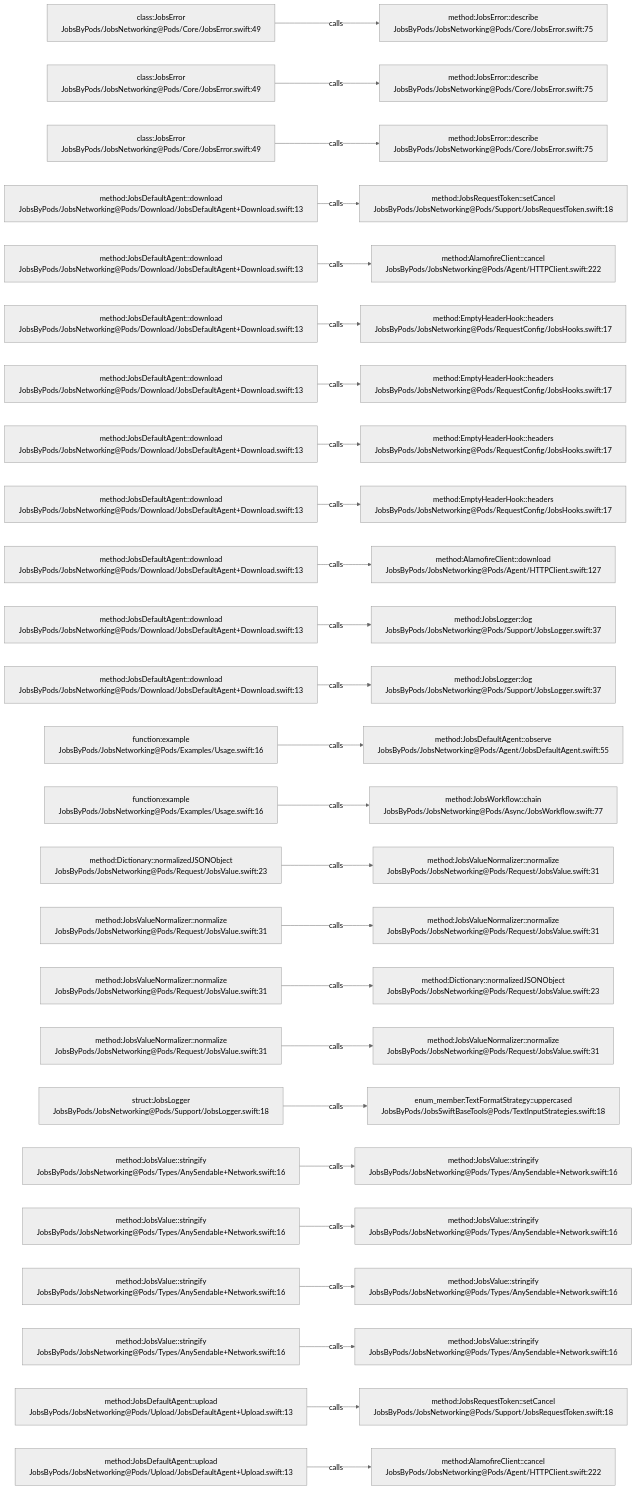
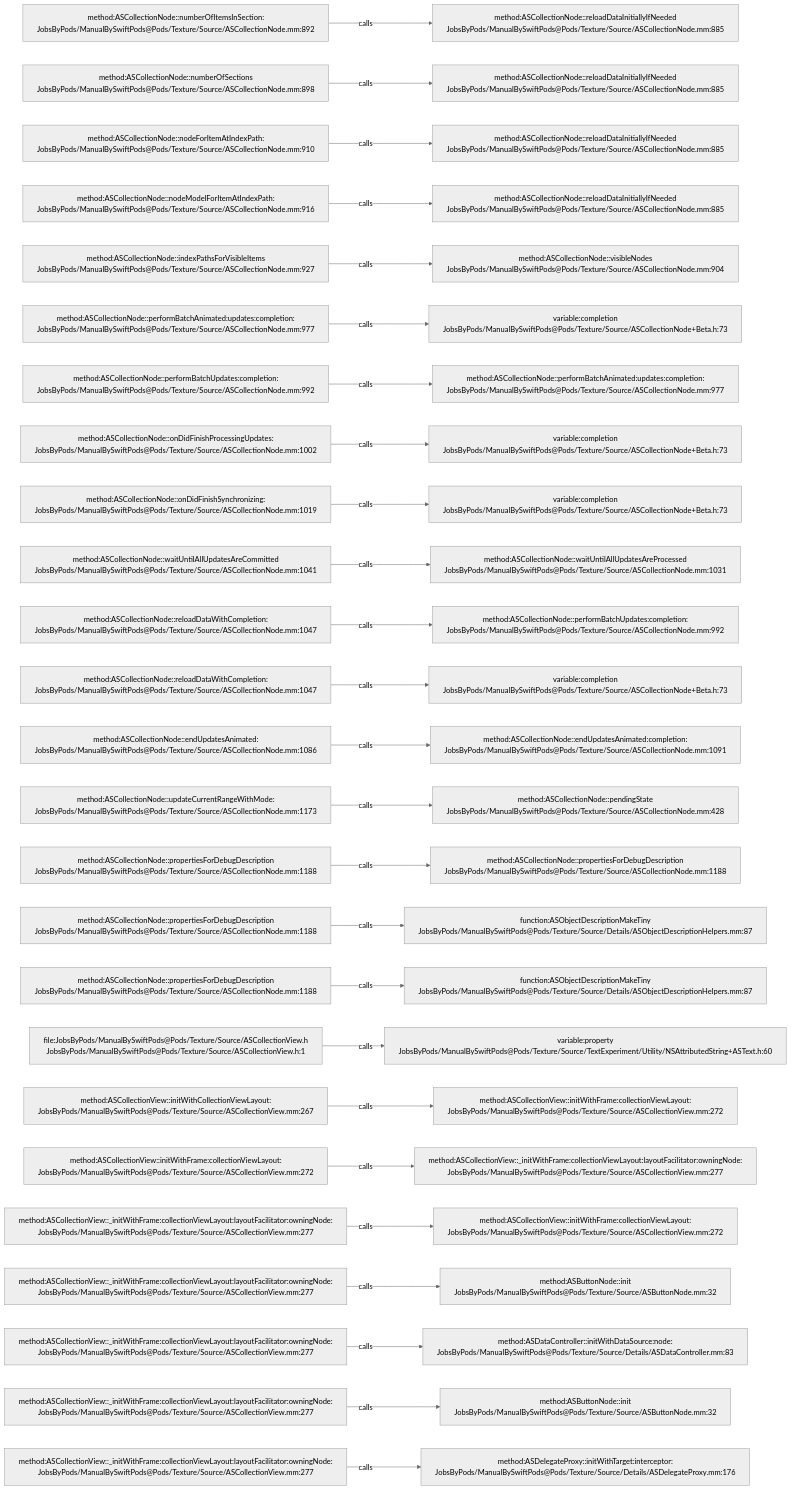
Before and after one commit to JobsKits/JobsSwiftBaseConfigDemo: the diagram in .codegraph/codegraph.md/graphs/calls-010.md, drawn with Mermaid (neutral theme). The commit also changed 832 other files, not shown here.

````diff
--- a/.codegraph/codegraph.md/graphs/calls-010.md
+++ b/.codegraph/codegraph.md/graphs/calls-010.md
@@ -13,78 +13,78 @@
 ```mermaid
 flowchart LR
-  S1["class:JobsError<br/>JobsByPods/JobsNetworking@Pods/Core/JobsError.swift:49"]
-  T1["method:JobsError::describe<br/>JobsByPods/JobsNetworking@Pods/Core/JobsError.swift:75"]
+  S1["method:ASCollectionNode::numberOfItemsInSection:<br/>JobsByPods/ManualBySwiftPods@Pods/Texture/Source/ASCollectionNode.mm:892"]
+  T1["method:ASCollectionNode::reloadDataInitiallyIfNeeded<br/>JobsByPods/ManualBySwiftPods@Pods/Texture/Source/ASCollectionNode.mm:885"]
   S1 -->|calls| T1
-  S2["class:JobsError<br/>JobsByPods/JobsNetworking@Pods/Core/JobsError.swift:49"]
-  T2["method:JobsError::describe<br/>JobsByPods/JobsNetworking@Pods/Core/JobsError.swift:75"]
+  S2["method:ASCollectionNode::numberOfSections<br/>JobsByPods/ManualBySwiftPods@Pods/Texture/Source/ASCollectionNode.mm:898"]
+  T2["method:ASCollectionNode::reloadDataInitiallyIfNeeded<br/>JobsByPods/ManualBySwiftPods@Pods/Texture/Source/ASCollectionNode.mm:885"]
   S2 -->|calls| T2
-  S3["class:JobsError<br/>JobsByPods/JobsNetworking@Pods/Core/JobsError.swift:49"]
-  T3["method:JobsError::describe<br/>JobsByPods/JobsNetworking@Pods/Core/JobsError.swift:75"]
+  S3["method:ASCollectionNode::nodeForItemAtIndexPath:<br/>JobsByPods/ManualBySwiftPods@Pods/Texture/Source/ASCollectionNode.mm:910"]
+  T3["method:ASCollectionNode::reloadDataInitiallyIfNeeded<br/>JobsByPods/ManualBySwiftPods@Pods/Texture/Source/ASCollectionNode.mm:885"]
   S3 -->|calls| T3
-  S4["method:JobsDefaultAgent::download<br/>JobsByPods/JobsNetworking@Pods/Download/JobsDefaultAgent+Download.swift:13"]
-  T4["method:JobsRequestToken::setCancel<br/>JobsByPods/JobsNetworking@Pods/Support/JobsRequestToken.swift:18"]
+  S4["method:ASCollectionNode::nodeModelForItemAtIndexPath:<br/>JobsByPods/ManualBySwiftPods@Pods/Texture/Source/ASCollectionNode.mm:916"]
+  T4["method:ASCollectionNode::reloadDataInitiallyIfNeeded<br/>JobsByPods/ManualBySwiftPods@Pods/Texture/Source/ASCollectionNode.mm:885"]
   S4 -->|calls| T4
-  S5["method:JobsDefaultAgent::download<br/>JobsByPods/JobsNetworking@Pods/Download/JobsDefaultAgent+Download.swift:13"]
-  T5["method:AlamofireClient::cancel<br/>JobsByPods/JobsNetworking@Pods/Agent/HTTPClient.swift:222"]
+  S5["method:ASCollectionNode::indexPathsForVisibleItems<br/>JobsByPods/ManualBySwiftPods@Pods/Texture/Source/ASCollectionNode.mm:927"]
+  T5["method:ASCollectionNode::visibleNodes<br/>JobsByPods/ManualBySwiftPods@Pods/Texture/Source/ASCollectionNode.mm:904"]
   S5 -->|calls| T5
-  S6["method:JobsDefaultAgent::download<br/>JobsByPods/JobsNetworking@Pods/Download/JobsDefaultAgent+Download.swift:13"]
-  T6["method:EmptyHeaderHook::headers<br/>JobsByPods/JobsNetworking@Pods/RequestConfig/JobsHooks.swift:17"]
+  S6["method:ASCollectionNode::performBatchAnimated:updates:completion:<br/>JobsByPods/ManualBySwiftPods@Pods/Texture/Source/ASCollectionNode.mm:977"]
+  T6["variable:completion<br/>JobsByPods/ManualBySwiftPods@Pods/Texture/Source/ASCollectionNode+Beta.h:73"]
   S6 -->|calls| T6
-  S7["method:JobsDefaultAgent::download<br/>JobsByPods/JobsNetworking@Pods/Download/JobsDefaultAgent+Download.swift:13"]
-  T7["method:EmptyHeaderHook::headers<br/>JobsByPods/JobsNetworking@Pods/RequestConfig/JobsHooks.swift:17"]
+  S7["method:ASCollectionNode::performBatchUpdates:completion:<br/>JobsByPods/ManualBySwiftPods@Pods/Texture/Source/ASCollectionNode.mm:992"]
+  T7["method:ASCollectionNode::performBatchAnimated:updates:completion:<br/>JobsByPods/ManualBySwiftPods@Pods/Texture/Source/ASCollectionNode.mm:977"]
   S7 -->|calls| T7
-  S8["method:JobsDefaultAgent::download<br/>JobsByPods/JobsNetworking@Pods/Download/JobsDefaultAgent+Download.swift:13"]
-  T8["method:EmptyHeaderHook::headers<br/>JobsByPods/JobsNetworking@Pods/RequestConfig/JobsHooks.swift:17"]
+  S8["method:ASCollectionNode::onDidFinishProcessingUpdates:<br/>JobsByPods/ManualBySwiftPods@Pods/Texture/Source/ASCollectionNode.mm:1002"]
+  T8["variable:completion<br/>JobsByPods/ManualBySwiftPods@Pods/Texture/Source/ASCollectionNode+Beta.h:73"]
   S8 -->|calls| T8
-  S9["method:JobsDefaultAgent::download<br/>JobsByPods/JobsNetworking@Pods/Download/JobsDefaultAgent+Download.swift:13"]
-  T9["method:EmptyHeaderHook::headers<br/>JobsByPods/JobsNetworking@Pods/RequestConfig/JobsHooks.swift:17"]
+  S9["method:ASCollectionNode::onDidFinishSynchronizing:<br/>JobsByPods/ManualBySwiftPods@Pods/Texture/Source/ASCollectionNode.mm:1019"]
+  T9["variable:completion<br/>JobsByPods/ManualBySwiftPods@Pods/Texture/Source/ASCollectionNode+Beta.h:73"]
   S9 -->|calls| T9
-  S10["method:JobsDefaultAgent::download<br/>JobsByPods/JobsNetworking@Pods/Download/JobsDefaultAgent+Download.swift:13"]
-  T10["method:AlamofireClient::download<br/>JobsByPods/JobsNetworking@Pods/Agent/HTTPClient.swift:127"]
+  S10["method:ASCollectionNode::waitUntilAllUpdatesAreCommitted<br/>JobsByPods/ManualBySwiftPods@Pods/Texture/Source/ASCollectionNode.mm:1041"]
+  T10["method:ASCollectionNode::waitUntilAllUpdatesAreProcessed<br/>JobsByPods/ManualBySwiftPods@Pods/Texture/Source/ASCollectionNode.mm:1031"]
   S10 -->|calls| T10
-  S11["method:JobsDefaultAgent::download<br/>JobsByPods/JobsNetworking@Pods/Download/JobsDefaultAgent+Download.swift:13"]
-  T11["method:JobsLogger::log<br/>JobsByPods/JobsNetworking@Pods/Support/JobsLogger.swift:37"]
+  S11["method:ASCollectionNode::reloadDataWithCompletion:<br/>JobsByPods/ManualBySwiftPods@Pods/Texture/Source/ASCollectionNode.mm:1047"]
+  T11["method:ASCollectionNode::performBatchUpdates:completion:<br/>JobsByPods/ManualBySwiftPods@Pods/Texture/Source/ASCollectionNode.mm:992"]
   S11 -->|calls| T11
-  S12["method:JobsDefaultAgent::download<br/>JobsByPods/JobsNetworking@Pods/Download/JobsDefaultAgent+Download.swift:13"]
-  T12["method:JobsLogger::log<br/>JobsByPods/JobsNetworking@Pods/Support/JobsLogger.swift:37"]
+  S12["method:ASCollectionNode::reloadDataWithCompletion:<br/>JobsByPods/ManualBySwiftPods@Pods/Texture/Source/ASCollectionNode.mm:1047"]
+  T12["variable:completion<br/>JobsByPods/ManualBySwiftPods@Pods/Texture/Source/ASCollectionNode+Beta.h:73"]
   S12 -->|calls| T12
-  S13["function:example<br/>JobsByPods/JobsNetworking@Pods/Examples/Usage.swift:16"]
-  T13["method:JobsDefaultAgent::observe<br/>JobsByPods/JobsNetworking@Pods/Agent/JobsDefaultAgent.swift:55"]
+  S13["method:ASCollectionNode::endUpdatesAnimated:<br/>JobsByPods/ManualBySwiftPods@Pods/Texture/Source/ASCollectionNode.mm:1086"]
+  T13["method:ASCollectionNode::endUpdatesAnimated:completion:<br/>JobsByPods/ManualBySwiftPods@Pods/Texture/Source/ASCollectionNode.mm:1091"]
   S13 -->|calls| T13
-  S14["function:example<br/>JobsByPods/JobsNetworking@Pods/Examples/Usage.swift:16"]
-  T14["method:JobsWorkflow::chain<br/>JobsByPods/JobsNetworking@Pods/Async/JobsWorkflow.swift:77"]
+  S14["method:ASCollectionNode::updateCurrentRangeWithMode:<br/>JobsByPods/ManualBySwiftPods@Pods/Texture/Source/ASCollectionNode.mm:1173"]
+  T14["method:ASCollectionNode::pendingState<br/>JobsByPods/ManualBySwiftPods@Pods/Texture/Source/ASCollectionNode.mm:428"]
   S14 -->|calls| T14
-  S15["method:Dictionary::normalizedJSONObject<br/>JobsByPods/JobsNetworking@Pods/Request/JobsValue.swift:23"]
-  T15["method:JobsValueNormalizer::normalize<br/>JobsByPods/JobsNetworking@Pods/Request/JobsValue.swift:31"]
+  S15["method:ASCollectionNode::propertiesForDebugDescription<br/>JobsByPods/ManualBySwiftPods@Pods/Texture/Source/ASCollectionNode.mm:1188"]
+  T15["method:ASCollectionNode::propertiesForDebugDescription<br/>JobsByPods/ManualBySwiftPods@Pods/Texture/Source/ASCollectionNode.mm:1188"]
   S15 -->|calls| T15
-  S16["method:JobsValueNormalizer::normalize<br/>JobsByPods/JobsNetworking@Pods/Request/JobsValue.swift:31"]
-  T16["method:JobsValueNormalizer::normalize<br/>JobsByPods/JobsNetworking@Pods/Request/JobsValue.swift:31"]
+  S16["method:ASCollectionNode::propertiesForDebugDescription<br/>JobsByPods/ManualBySwiftPods@Pods/Texture/Source/ASCollectionNode.mm:1188"]
+  T16["function:ASObjectDescriptionMakeTiny<br/>JobsByPods/ManualBySwiftPods@Pods/Texture/Source/Details/ASObjectDescriptionHelpers.mm:87"]
   S16 -->|calls| T16
-  S17["method:JobsValueNormalizer::normalize<br/>JobsByPods/JobsNetworking@Pods/Request/JobsValue.swift:31"]
-  T17["method:Dictionary::normalizedJSONObject<br/>JobsByPods/JobsNetworking@Pods/Request/JobsValue.swift:23"]
+  S17["method:ASCollectionNode::propertiesForDebugDescription<br/>JobsByPods/ManualBySwiftPods@Pods/Texture/Source/ASCollectionNode.mm:1188"]
+  T17["function:ASObjectDescriptionMakeTiny<br/>JobsByPods/ManualBySwiftPods@Pods/Texture/Source/Details/ASObjectDescriptionHelpers.mm:87"]
   S17 -->|calls| T17
-  S18["method:JobsValueNormalizer::normalize<br/>JobsByPods/JobsNetworking@Pods/Request/JobsValue.swift:31"]
-  T18["method:JobsValueNormalizer::normalize<br/>JobsByPods/JobsNetworking@Pods/Request/JobsValue.swift:31"]
+  S18["file:JobsByPods/ManualBySwiftPods@Pods/Texture/Source/ASCollectionView.h<br/>JobsByPods/ManualBySwiftPods@Pods/Texture/Source/ASCollectionView.h:1"]
+  T18["variable:property<br/>JobsByPods/ManualBySwiftPods@Pods/Texture/Source/TextExperiment/Utility/NSAttributedString+ASText.h:60"]
   S18 -->|calls| T18
-  S19["struct:JobsLogger<br/>JobsByPods/JobsNetworking@Pods/Support/JobsLogger.swift:18"]
-  T19["enum_member:TextFormatStrategy::uppercased<br/>JobsByPods/JobsSwiftBaseTools@Pods/TextInputStrategies.swift:18"]
+  S19["method:ASCollectionView::initWithCollectionViewLayout:<br/>JobsByPods/ManualBySwiftPods@Pods/Texture/Source/ASCollectionView.mm:267"]
+  T19["method:ASCollectionView::initWithFrame:collectionViewLayout:<br/>JobsByPods/ManualBySwiftPods@Pods/Texture/Source/ASCollectionView.mm:272"]
   S19 -->|calls| T19
-  S20["method:JobsValue::stringify<br/>JobsByPods/JobsNetworking@Pods/Types/AnySendable+Network.swift:16"]
-  T20["method:JobsValue::stringify<br/>JobsByPods/JobsNetworking@Pods/Types/AnySendable+Network.swift:16"]
+  S20["method:ASCollectionView::initWithFrame:collectionViewLayout:<br/>JobsByPods/ManualBySwiftPods@Pods/Texture/Source/ASCollectionView.mm:272"]
+  T20["method:ASCollectionView::_initWithFrame:collectionViewLayout:layoutFacilitator:owningNode:<br/>JobsByPods/ManualBySwiftPods@Pods/Texture/Source/ASCollectionView.mm:277"]
   S20 -->|calls| T20
-  S21["method:JobsValue::stringify<br/>JobsByPods/JobsNetworking@Pods/Types/AnySendable+Network.swift:16"]
-  T21["method:JobsValue::stringify<br/>JobsByPods/JobsNetworking@Pods/Types/AnySendable+Network.swift:16"]
+  S21["method:ASCollectionView::_initWithFrame:collectionViewLayout:layoutFacilitator:owningNode:<br/>JobsByPods/ManualBySwiftPods@Pods/Texture/Source/ASCollectionView.mm:277"]
+  T21["method:ASCollectionView::initWithFrame:collectionViewLayout:<br/>JobsByPods/ManualBySwiftPods@Pods/Texture/Source/ASCollectionView.mm:272"]
   S21 -->|calls| T21
-  S22["method:JobsValue::stringify<br/>JobsByPods/JobsNetworking@Pods/Types/AnySendable+Network.swift:16"]
-  T22["method:JobsValue::stringify<br/>JobsByPods/JobsNetworking@Pods/Types/AnySendable+Network.swift:16"]
+  S22["method:ASCollectionView::_initWithFrame:collectionViewLayout:layoutFacilitator:owningNode:<br/>JobsByPods/ManualBySwiftPods@Pods/Texture/Source/ASCollectionView.mm:277"]
+  T22["method:ASButtonNode::init<br/>JobsByPods/ManualBySwiftPods@Pods/Texture/Source/ASButtonNode.mm:32"]
   S22 -->|calls| T22
-  S23["method:JobsValue::stringify<br/>JobsByPods/JobsNetworking@Pods/Types/AnySendable+Network.swift:16"]
-  T23["method:JobsValue::stringify<br/>JobsByPods/JobsNetworking@Pods/Types/AnySendable+Network.swift:16"]
+  S23["method:ASCollectionView::_initWithFrame:collectionViewLayout:layoutFacilitator:owningNode:<br/>JobsByPods/ManualBySwiftPods@Pods/Texture/Source/ASCollectionView.mm:277"]
+  T23["method:ASDataController::initWithDataSource:node:<br/>JobsByPods/ManualBySwiftPods@Pods/Texture/Source/Details/ASDataController.mm:83"]
   S23 -->|calls| T23
-  S24["method:JobsDefaultAgent::upload<br/>JobsByPods/JobsNetworking@Pods/Upload/JobsDefaultAgent+Upload.swift:13"]
-  T24["method:JobsRequestToken::setCancel<br/>JobsByPods/JobsNetworking@Pods/Support/JobsRequestToken.swift:18"]
+  S24["method:ASCollectionView::_initWithFrame:collectionViewLayout:layoutFacilitator:owningNode:<br/>JobsByPods/ManualBySwiftPods@Pods/Texture/Source/ASCollectionView.mm:277"]
+  T24["method:ASButtonNode::init<br/>JobsByPods/ManualBySwiftPods@Pods/Texture/Source/ASButtonNode.mm:32"]
   S24 -->|calls| T24
-  S25["method:JobsDefaultAgent::upload<br/>JobsByPods/JobsNetworking@Pods/Upload/JobsDefaultAgent+Upload.swift:13"]
-  T25["method:AlamofireClient::cancel<br/>JobsByPods/JobsNetworking@Pods/Agent/HTTPClient.swift:222"]
+  S25["method:ASCollectionView::_initWithFrame:collectionViewLayout:layoutFacilitator:owningNode:<br/>JobsByPods/ManualBySwiftPods@Pods/Texture/Source/ASCollectionView.mm:277"]
+  T25["method:ASDelegateProxy::initWithTarget:interceptor:<br/>JobsByPods/ManualBySwiftPods@Pods/Texture/Source/Details/ASDelegateProxy.mm:176"]
   S25 -->|calls| T25
 ```
````
